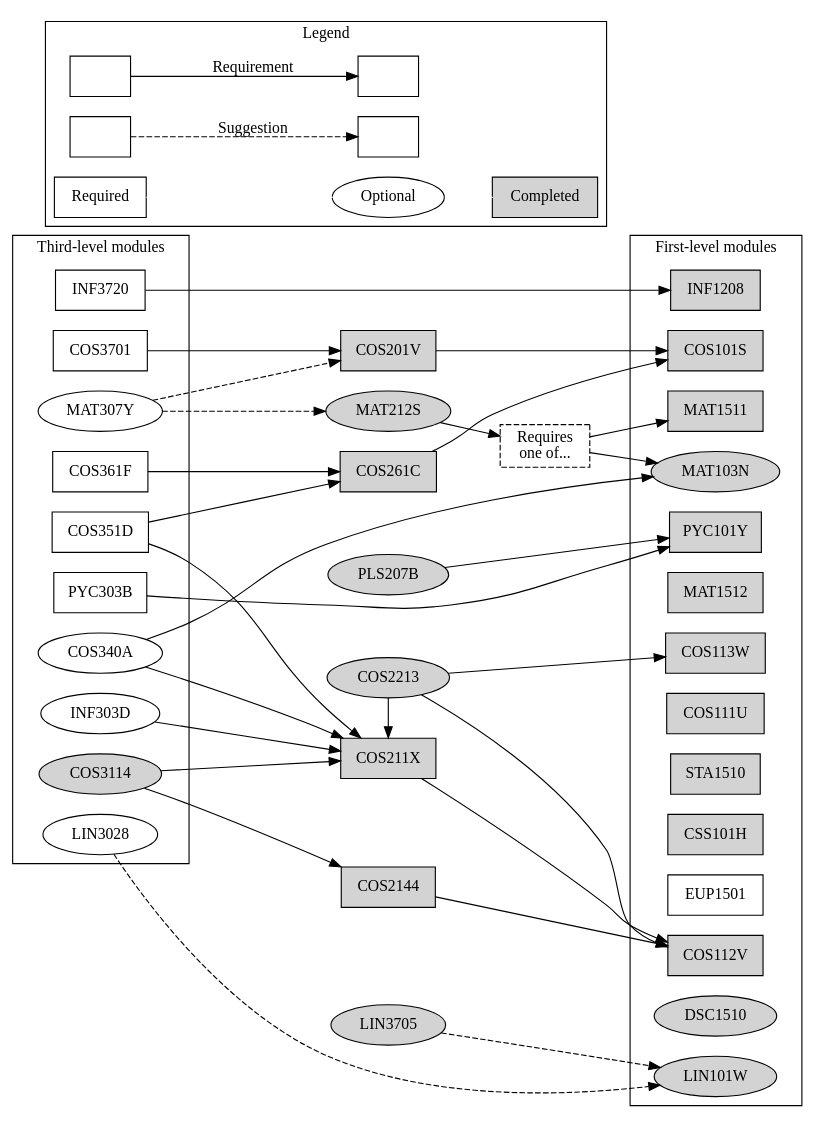
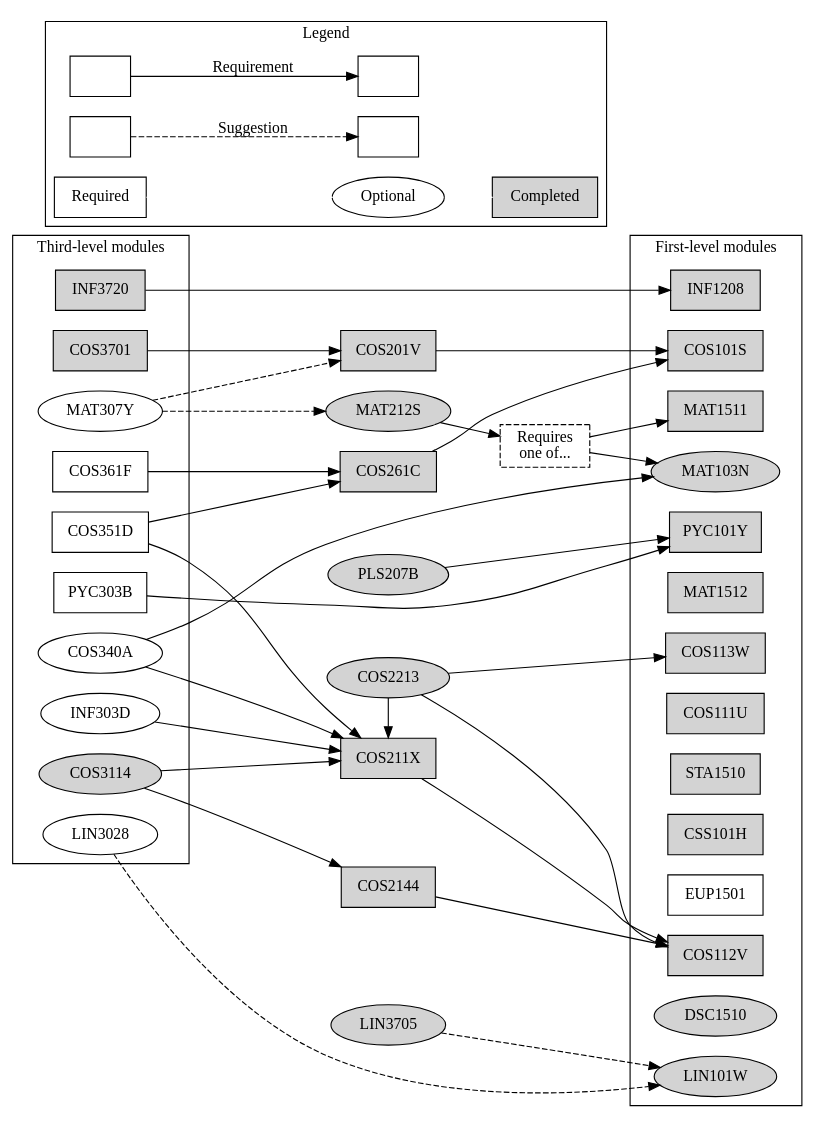
Before and after one commit to apauley/unisa-module-graph: the diagram in ComputationalIntelligence.dot, drawn with Graphviz. The commit also changed 1 other file, not shown here.

Commit message:
Mark modules completed: INF3720 and COS3701 (LIN3705 done earlier in faith)

```diff
--- a/ComputationalIntelligence.dot
+++ b/ComputationalIntelligence.dot
@@ -1,85 +1,89 @@
 digraph ComputationalIntelligence {
     node [shape=box];
     rankdir=LR;
 
     subgraph cluster3 {
         label = "Third-level modules";
 
         {rank=same;
-        COS3701 INF3720 COS351D COS361F PYC303B}
+        COS3701 [style=filled]
+        INF3720 [style=filled]
+        COS351D
+        COS361F
+        PYC303B}
 
         {rank=same; node [shape=ellipse];
         COS3114 [style=filled]
         MAT307Y COS340A
         INF303D
         LIN3028}
     }
 
     {rank=same; node [style=filled];
     COS201V COS211X COS261C COS2144}
 
     {rank=same; node [style=filled]; node [shape=ellipse];
     PLS207B MAT212S COS2213 LIN3705}
 
     MAT103OR151 [label="Requires\none of...", style=dashed];
 
     subgraph cluster1 {
         label = "First-level modules";
 
         {rank=same;
         {node [style=filled];
               COS101S COS112V COS113W INF1208 MAT1511 MAT1512
               PYC101Y COS111U STA1510 CSS101H}
         EUP1501}
 
         {rank=same; node [shape=ellipse];
             {node [style=filled];
                 MAT103N DSC1510 LIN101W}}
     }
 
 
     subgraph cluster0 {
         rankdir=LR;
         label = "Legend";
 
         Module1 [label=""];
         Module2 [label=""];
         Module3 [label=""];
         Module4 [label=""];
         Module2 -> Module1 [label="Requirement"]
         Module4 -> Module3 [label="Suggestion", style=dashed]
 
         Required;
         Completed [style=filled];
         Optional [shape=ellipse];
         Required -> Optional [color=white];
         Optional -> Completed [color=white];
     }
 
 
     COS3701 -> {COS201V}
     INF3720 -> {INF1208}
     COS351D -> {COS211X COS261C}
     COS361F -> {COS261C}
     PYC303B -> {PYC101Y}
 
     COS3114 -> {COS211X COS2144}
     MAT307Y -> {MAT212S COS201V} [style=dashed]
     INF303D -> {COS211X}
     LIN3028 -> {LIN101W} [style=dashed]
     COS340A -> {COS211X MAT103N}
 
 
     COS201V -> {COS101S}
     COS211X -> {COS112V}
     COS261C -> {COS101S}
     COS2144 -> {COS112V}
 
     {rank=same; COS2213 COS211X}
     COS2213 -> {COS112V COS113W}
     COS2213 -> {COS211X}
     MAT212S -> {MAT103OR151}
     MAT103OR151 -> {MAT103N MAT1511}
     LIN3705 -> {LIN101W} [style=dashed]
     PLS207B -> {PYC101Y}
 }
```
